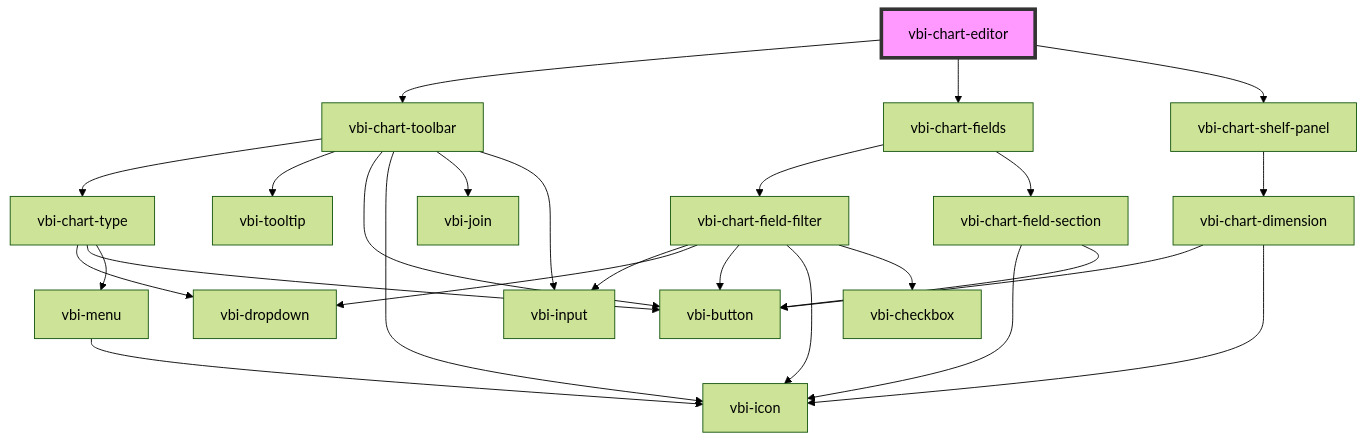
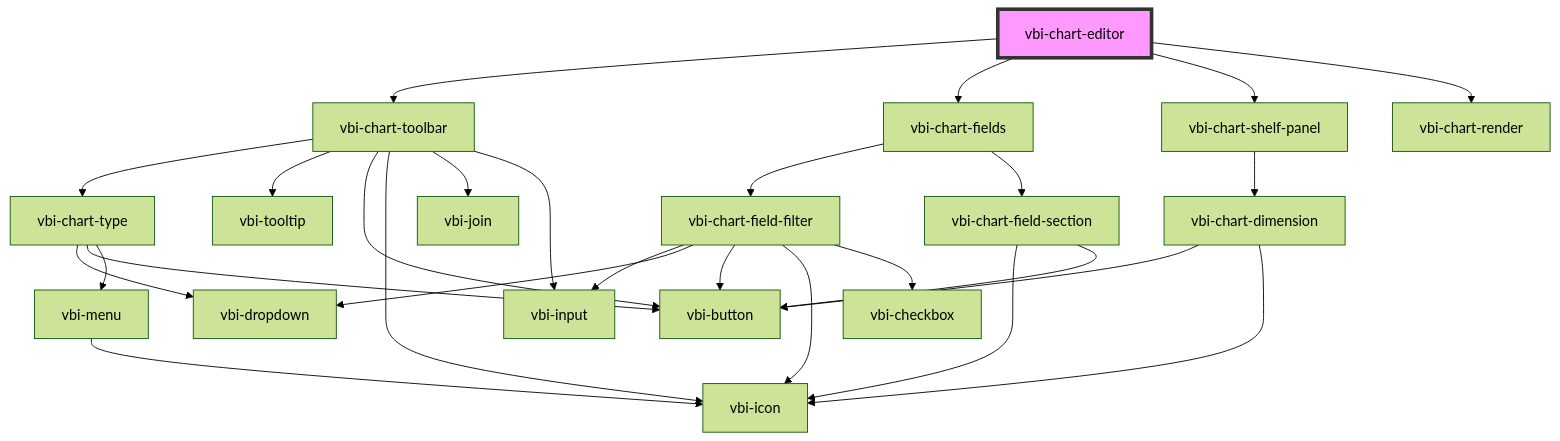
Before and after one commit to Ditto190/VBI-modme: the diagram in packages/vbi-component/src/components/chart/vbi-chart-editor/readme.md, drawn with Mermaid (forest theme). The commit also changed other lines of this file and 3 other files, not shown here.

Commit message:
feat(vbi-component): integrate vbi-chart-render into editor

````diff
--- a/packages/vbi-component/src/components/chart/vbi-chart-editor/readme.md
+++ b/packages/vbi-component/src/components/chart/vbi-chart-editor/readme.md
@@ -17,29 +18,30 @@
 ```mermaid
 graph TD;
   vbi-chart-editor --> vbi-chart-toolbar
   vbi-chart-editor --> vbi-chart-fields
   vbi-chart-editor --> vbi-chart-shelf-panel
+  vbi-chart-editor --> vbi-chart-render
   vbi-chart-toolbar --> vbi-chart-type
   vbi-chart-toolbar --> vbi-tooltip
   vbi-chart-toolbar --> vbi-button
   vbi-chart-toolbar --> vbi-icon
   vbi-chart-toolbar --> vbi-join
   vbi-chart-toolbar --> vbi-input
   vbi-chart-type --> vbi-dropdown
   vbi-chart-type --> vbi-button
   vbi-chart-type --> vbi-menu
   vbi-menu --> vbi-icon
   vbi-chart-fields --> vbi-chart-field-filter
   vbi-chart-fields --> vbi-chart-field-section
   vbi-chart-field-filter --> vbi-input
   vbi-chart-field-filter --> vbi-dropdown
   vbi-chart-field-filter --> vbi-button
   vbi-chart-field-filter --> vbi-icon
   vbi-chart-field-filter --> vbi-checkbox
   vbi-chart-field-section --> vbi-icon
   vbi-chart-field-section --> vbi-button
   vbi-chart-shelf-panel --> vbi-chart-dimension
   vbi-chart-dimension --> vbi-button
   vbi-chart-dimension --> vbi-icon
   style vbi-chart-editor fill:#f9f,stroke:#333,stroke-width:4px
 ```
````
